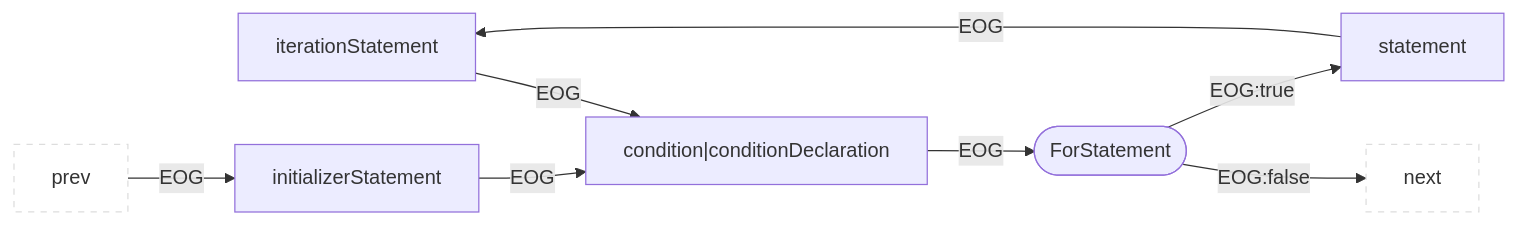
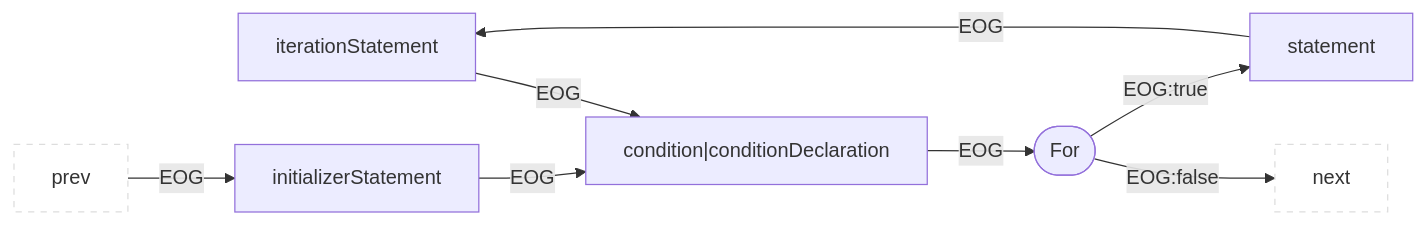
Before and after one commit to Fraunhofer-AISEC/cpg: diagram 38 of 49 in docs/docs/CPG/specs/eog.md, drawn with Mermaid. The commit also changed other lines of this file and 99 other files, not shown here.

````diff
--- a/docs/docs/CPG/specs/eog.md
+++ b/docs/docs/CPG/specs/eog.md
@@ -759,11 +759,11 @@
 ```mermaid
 flowchart LR
   classDef outer fill:#fff,stroke:#ddd,stroke-dasharray:5 5;
   iteration --EOG--> condition
   statement --EOG--> iteration["iterationStatement"]
   prev:::outer --EOG--> initializer["initializerStatement"]
   parent --EOG:false--> next:::outer
   initializer --EOG--> condition["condition|conditionDeclaration"]
   condition --EOG--> parent
-  parent(["ForStatement"]) --EOG:true--> statement["statement"]
+  parent(["For"]) --EOG:true--> statement["statement"]
 ```
````
